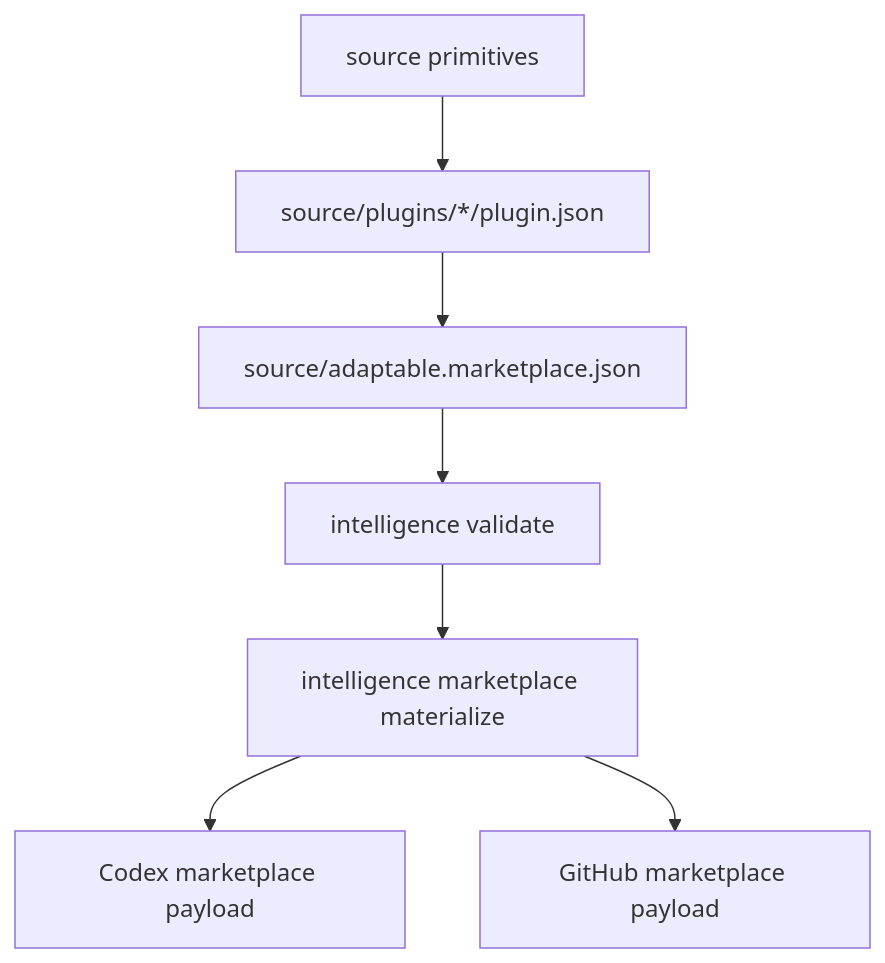
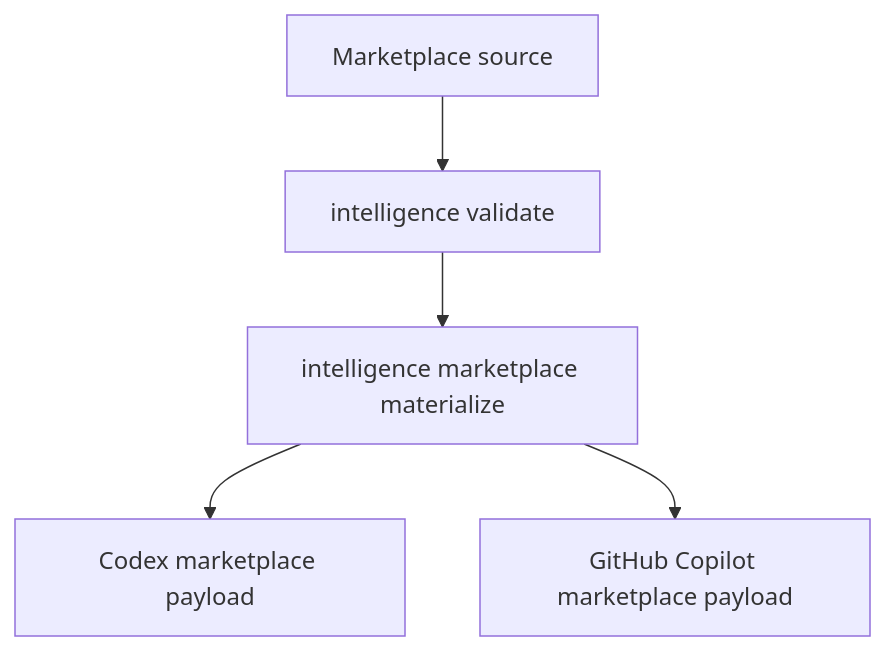
Before and after one commit to amichne/intelligence: the diagram in docs/how-it-works/package-graph.md, drawn with Mermaid. The commit also changed other lines of this file and 787 other files, not shown here.

Commit message:
chore: move marketplace source to slopsentral

````diff
--- a/docs/how-it-works/package-graph.md
+++ b/docs/how-it-works/package-graph.md
@@ -6,17 +7,13 @@
 ```mermaid
 flowchart TD
-  Primitive[source primitives]
-  Plugin[source/plugins/*/plugin.json]
-  Catalog[source/adaptable.marketplace.json]
+  Catalog[Marketplace source]
   Validate[intelligence validate]
   Materialize[intelligence marketplace materialize]
   Codex[Codex marketplace payload]
-  Github[GitHub marketplace payload]
+  Github[GitHub Copilot marketplace payload]
 
-  Primitive --> Plugin
-  Plugin --> Catalog
   Catalog --> Validate
   Validate --> Materialize
   Materialize --> Codex
   Materialize --> Github
 ```
````
